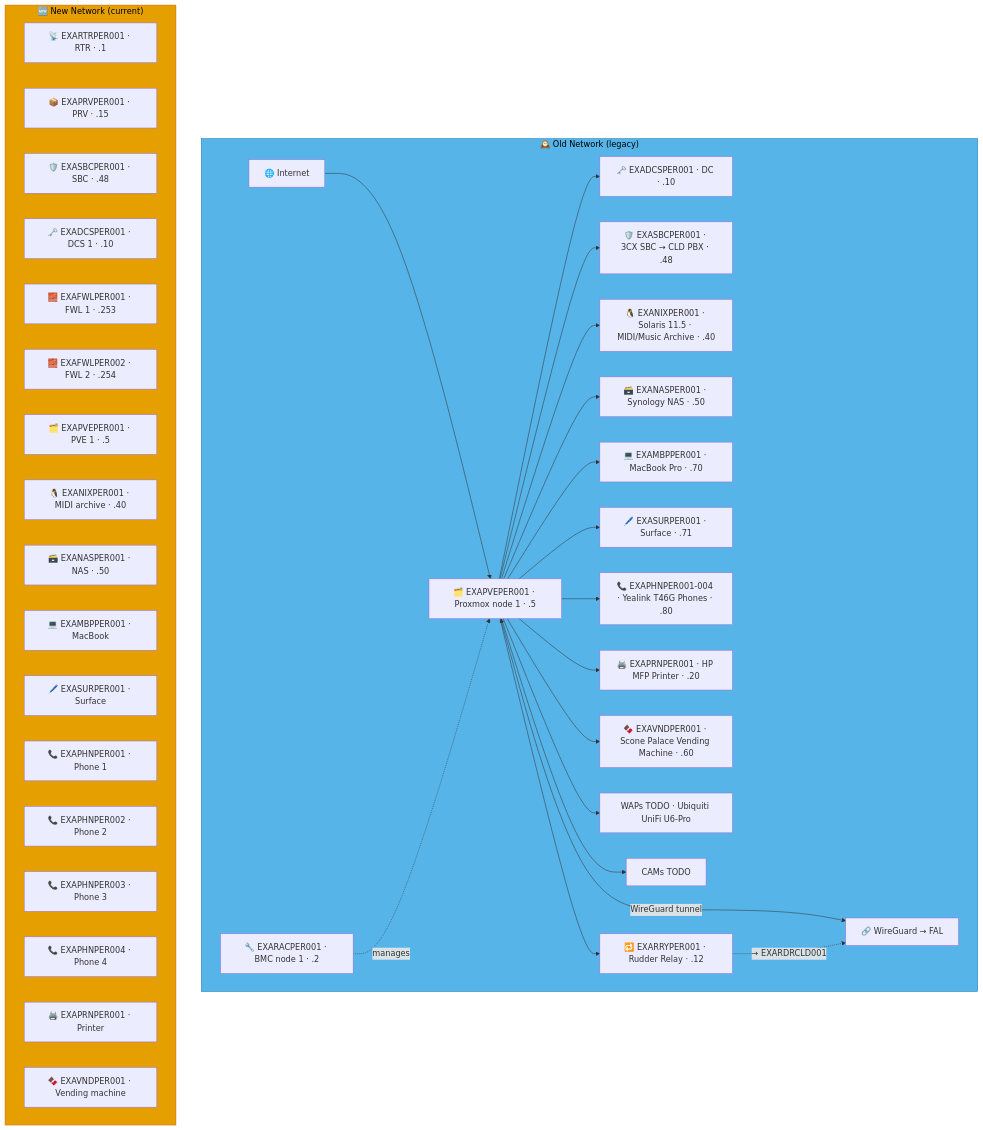
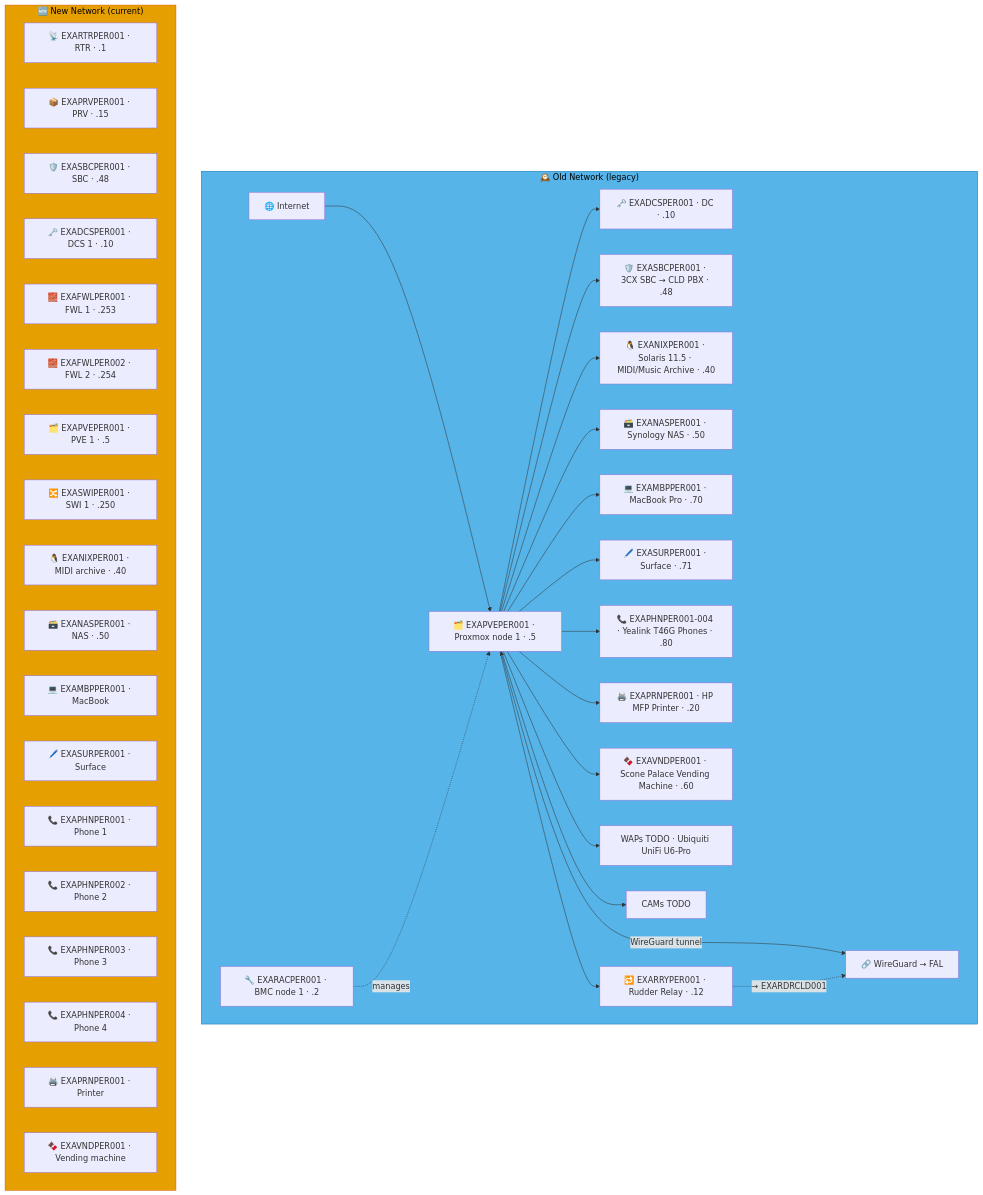
The sixth of 7 diagrams in docs/network-diagram/scotland.md (knightmare2600/example_music_infra), drawn with Mermaid before and after one commit. The commit also changed other lines of this file and 12 other files, not shown here.

````diff
--- a/docs/network-diagram/scotland.md
+++ b/docs/network-diagram/scotland.md
@@ -403,53 +405,54 @@
 ```mermaid
 graph TD
     subgraph OLD_PER ["🕰️ Old Network (legacy)"]
       INET["🌐 Internet"]
       RAC["🔧 EXARACPER001 · BMC node 1 · .2"]
       PVE["🗂️ EXAPVEPER001 · Proxmox node 1 · .5"]
       DC["🗝️ EXADCSPER001 · DC · .10"]
       SBC["🛡️ EXASBCPER001 · 3CX SBC → CLD PBX · .48"]
       RRY["🔁 EXARRYPER001 · Rudder Relay · .12"]
       NIX["🐧 EXANIXPER001 · Solaris 11.5 · MIDI/Music Archive · .40"]
       NAS["🗃️ EXANASPER001 · Synology NAS · .50"]
       MBP["💻 EXAMBPPER001 · MacBook Pro · .70"]
       SUR["🖊️ EXASURPER001 · Surface · .71"]
       PHN["📞 EXAPHNPER001-004 · Yealink T46G Phones · .80"]
       PRN["🖨️ EXAPRNPER001 · HP MFP Printer · .20"]
       VND["🍫 EXAVNDPER001 · Scone Palace Vending Machine · .60"]
       WAP["WAPs TODO · Ubiquiti UniFi U6-Pro"]
       CAM["CAMs TODO"]
       VPN["🔗 WireGuard → FAL"]
 
       INET --> PVE
       PVE --> DC & SBC & NIX & NAS
       RAC -.->|"manages"| PVE
       PVE --> MBP & SUR & PHN & PRN & VND & WAP & CAM
       PVE <-->|"WireGuard tunnel"| VPN
 
       PVE --> RRY
       RRY -. "→ EXARDRCLD001" .-> VPN
     end
     style OLD_PER fill:#56B4E9,stroke:#0072B2,color:#000000
     %% GENERATED:NEW-NETWORK:PER:START
     subgraph NEW_PER ["🆕 New Network (current)"]
       N_RTR["📡 EXARTRPER001 · RTR · .1"]
       N_PRV["📦 EXAPRVPER001 · PRV · .15"]
       N_SBC["🛡️ EXASBCPER001 · SBC · .48"]
       N_DCS["🗝️ EXADCSPER001 · DCS 1 · .10"]
       N_FWL["🧱 EXAFWLPER001 · FWL 1 · .253"]
       N_FWL2["🧱 EXAFWLPER002 · FWL 2 · .254"]
       N_PVE["🗂️ EXAPVEPER001 · PVE 1 · .5"]
+      N_SWI["🔀 EXASWIPER001 · SWI 1 · .250"]
       N_NIX["🐧 EXANIXPER001 · MIDI archive · .40"]
       N_NAS["🗃️ EXANASPER001 · NAS · .50"]
       N_MBP["💻 EXAMBPPER001 · MacBook"]
       N_SUR["🖊️ EXASURPER001 · Surface"]
       N_PHN["📞 EXAPHNPER001 · Phone 1"]
       N_PHN2["📞 EXAPHNPER002 · Phone 2"]
       N_PHN3["📞 EXAPHNPER003 · Phone 3"]
       N_PHN4["📞 EXAPHNPER004 · Phone 4"]
       N_PRN["🖨️ EXAPRNPER001 · Printer"]
       N_VND["🍫 EXAVNDPER001 · Vending machine"]
     end
     style NEW_PER fill:#E69F00,stroke:#D55E00,color:#000000
     %% GENERATED:NEW-NETWORK:PER:END
 ```
````
